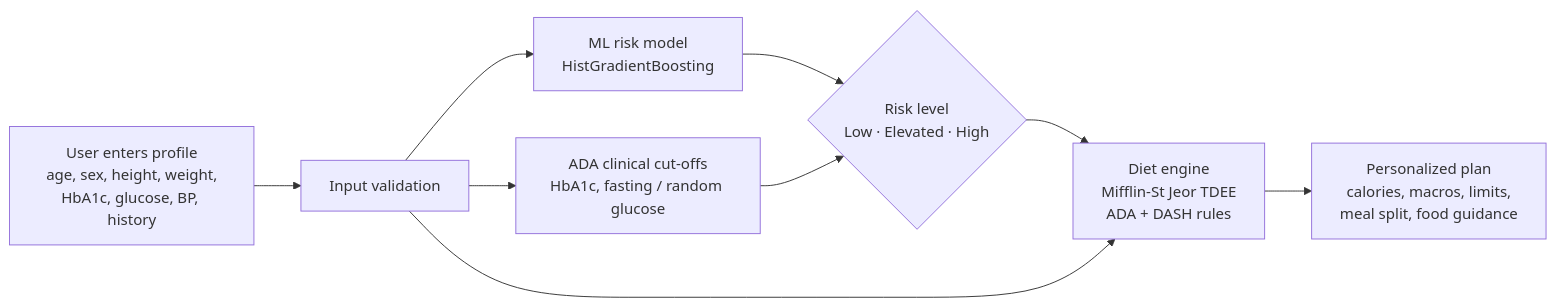
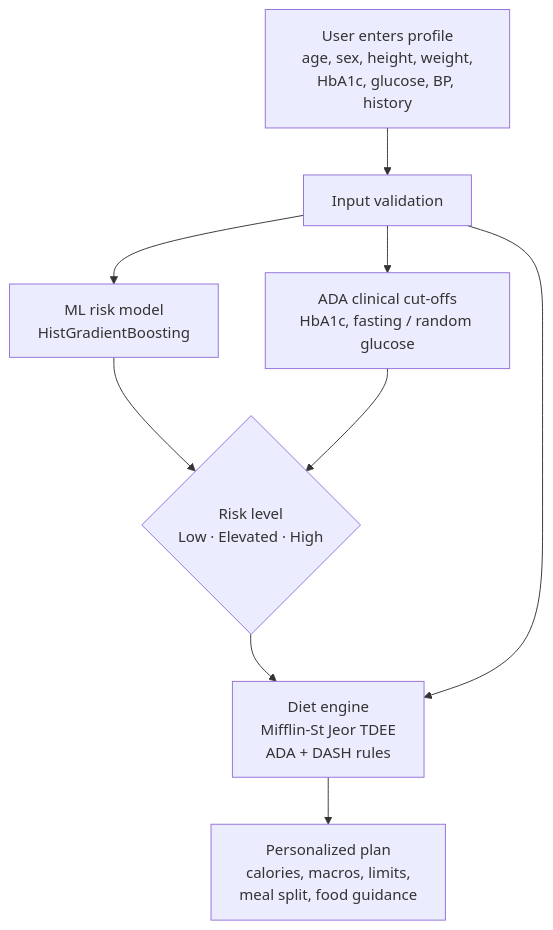
Before and after one commit to harshchaudhari09/DIET-RECOMMENDATION-PLANNER: the diagram in README.md, drawn with Mermaid. The commit also changed other lines of this file, not shown here.

Commit message:
README: vertical architecture diagram, label highlights table

````diff
--- a/README.md
+++ b/README.md
@@ -48,11 +48,11 @@
 ```mermaid
-flowchart LR
+flowchart TD
     A[User enters profile<br/>age, sex, height, weight,<br/>HbA1c, glucose, BP, history] --> B[Input validation]
     B --> C[ML risk model<br/>HistGradientBoosting]
     B --> D[ADA clinical cut-offs<br/>HbA1c, fasting / random glucose]
     C --> E{Risk level<br/>Low · Elevated · High}
     D --> E
     E --> F[Diet engine<br/>Mifflin-St Jeor TDEE<br/>ADA + DASH rules]
     B --> F
     F --> G[Personalized plan<br/>calories, macros, limits,<br/>meal split, food guidance]
 ```
````
